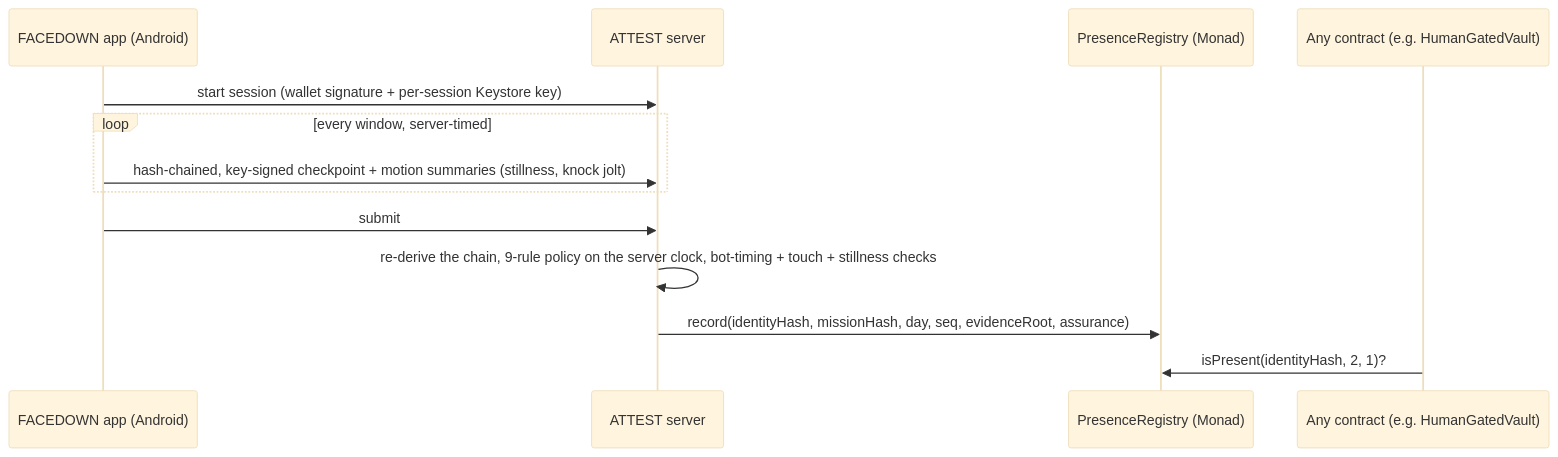
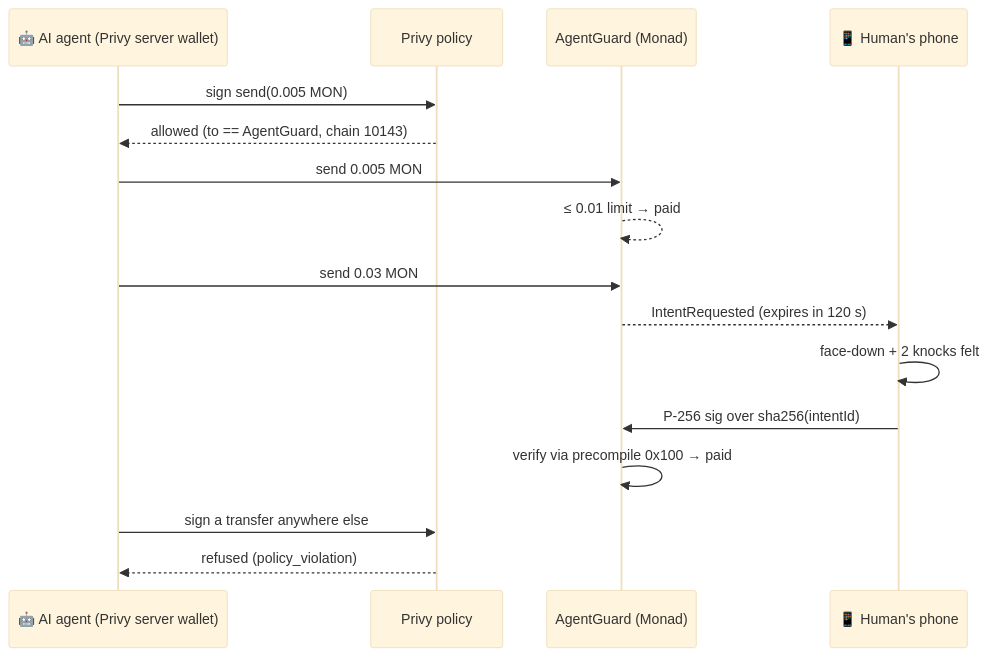
One commit to notwen123/PRESENCE changed the second of 2 diagrams in README.md. Above: the diagram before and after it, drawn with Mermaid (base theme). The commit also changed other lines of this file and 31 other files, not shown here.

First line of the commit message:
docs: README, docs and whitepaper fully on Monad + Privy; real Monad screenshots and GIFs

````diff
--- a/README.md
+++ b/README.md
@@ -192,15 +144,18 @@
 ```mermaid
 sequenceDiagram
-    participant App as FACEDOWN app (Android)
-    participant A as ATTEST server
-    participant R as PresenceRegistry (Monad)
-    participant V as Any contract (e.g. HumanGatedVault)
-    App->>A: start session (wallet signature + per-session Keystore key)
-    loop every window, server-timed
-        App->>A: hash-chained, key-signed checkpoint + motion summaries (stillness, knock jolt)
-    end
-    App->>A: submit
-    A->>A: re-derive the chain, 9-rule policy on the server clock, bot-timing + touch + stillness checks
-    A->>R: record(identityHash, missionHash, day, seq, evidenceRoot, assurance)
-    V->>R: isPresent(identityHash, 2, 1)?
+    participant Agent as 🤖 AI agent (Privy server wallet)
+    participant Privy as Privy policy
+    participant Guard as AgentGuard (Monad)
+    participant Phone as 📱 Human's phone
+    Agent->>Privy: sign send(0.005 MON)
+    Privy-->>Agent: allowed (to == AgentGuard, chain 10143)
+    Agent->>Guard: send 0.005 MON
+    Guard-->>Guard: ≤ 0.01 limit → paid
+    Agent->>Guard: send 0.03 MON
+    Guard-->>Phone: IntentRequested (expires in 120 s)
+    Phone->>Phone: face-down + 2 knocks felt
+    Phone->>Guard: P-256 sig over sha256(intentId)
+    Guard->>Guard: verify via precompile 0x100 → paid
+    Agent->>Privy: sign a transfer anywhere else
+    Privy-->>Agent: refused (policy_violation)
 ```
````
